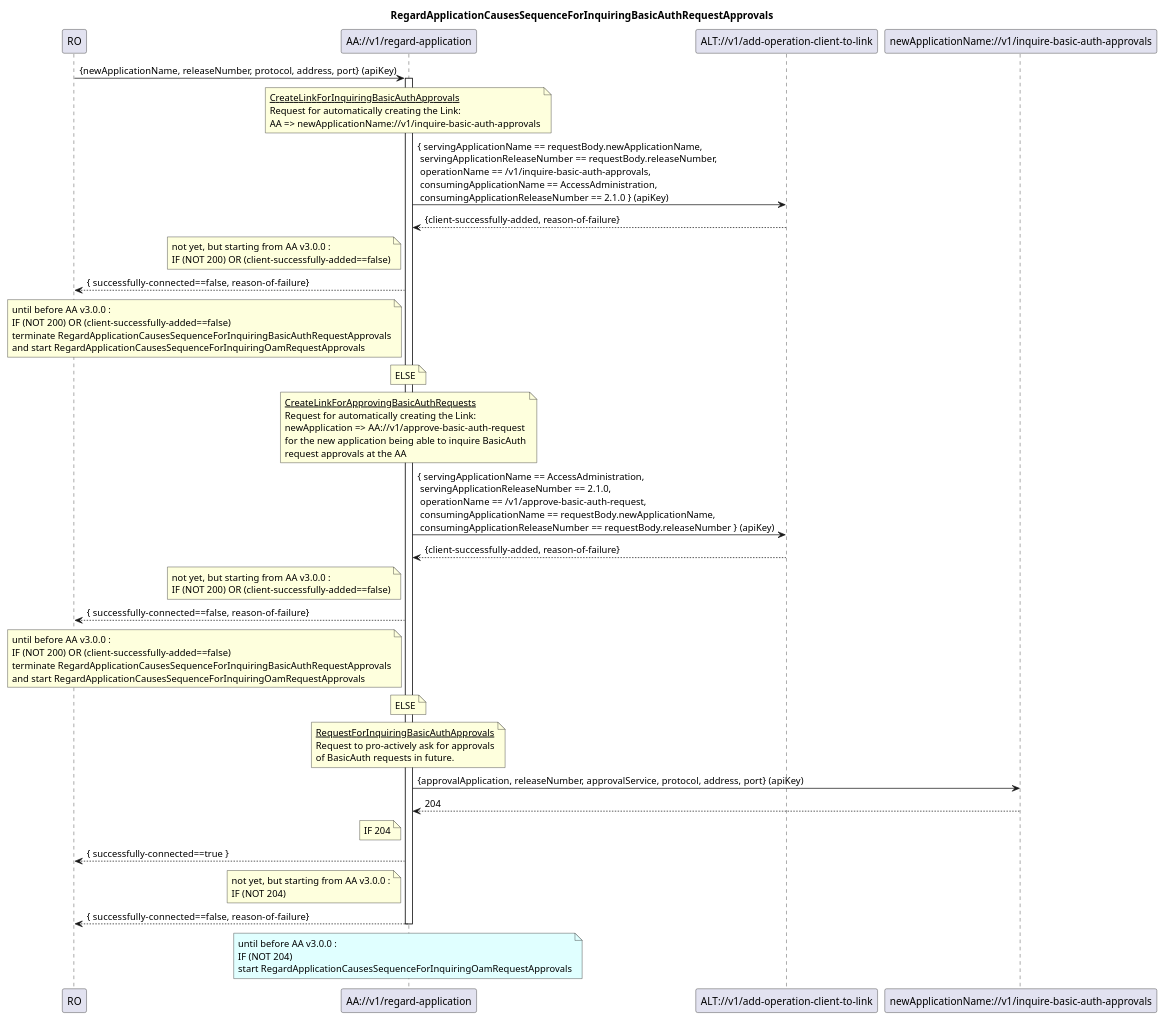
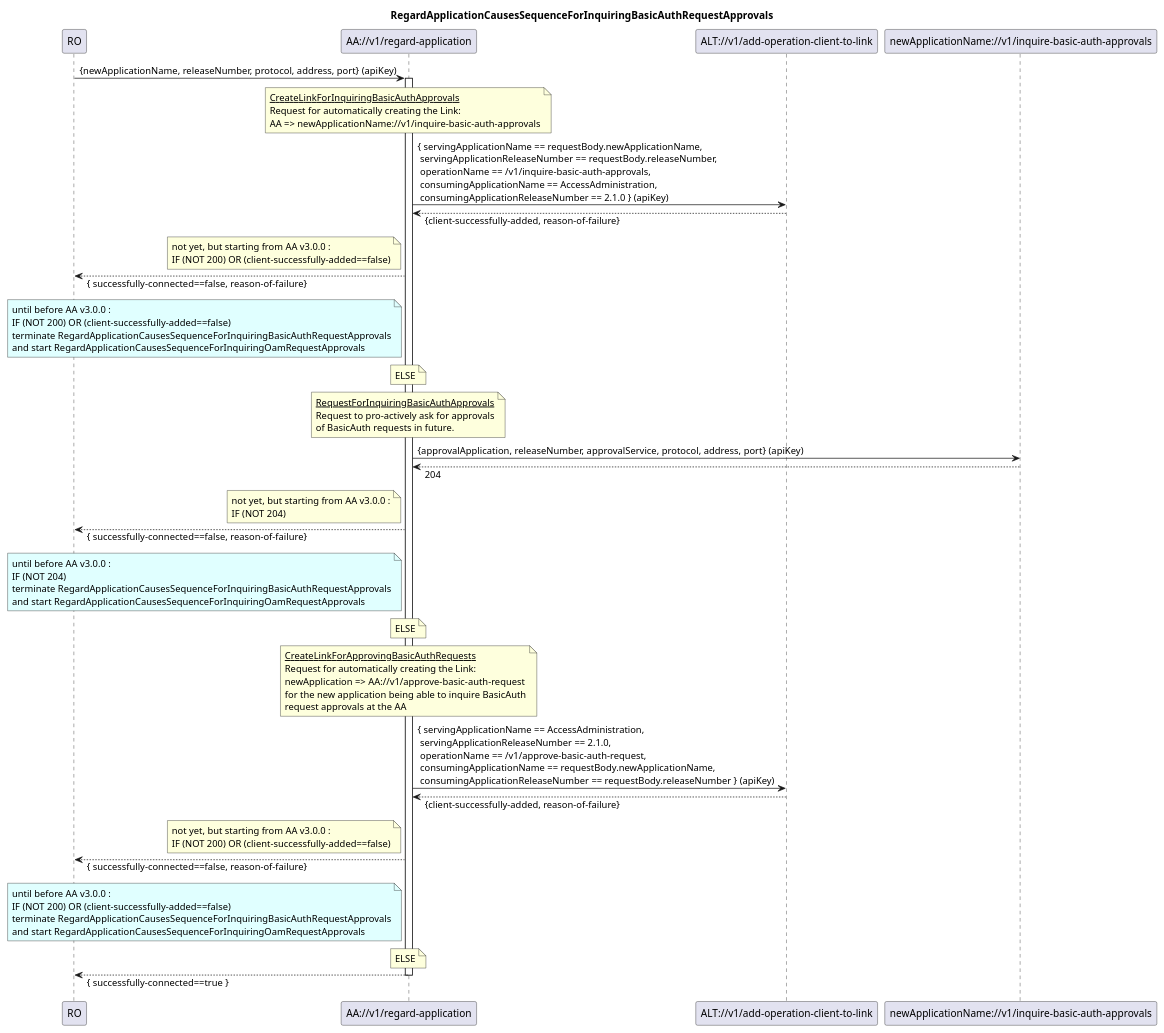
The diagram in spec/diagrams/is001_regardApplicationCausesBasicAuthSequence.plantuml (openBackhaul/AdministratorAdministration), drawn with PlantUML before and after one commit. The commit also changed 4 other files, not shown here.

```diff
--- a/spec/diagrams/is001_regardApplicationCausesBasicAuthSequence.plantuml
+++ b/spec/diagrams/is001_regardApplicationCausesBasicAuthSequence.plantuml
@@ -1,95 +1,96 @@
 @startuml is001_regardApplicationCausesBasicAuthSequence
 skinparam responseMessageBelowArrow true
 
 title
 RegardApplicationCausesSequenceForInquiringBasicAuthRequestApprovals
 end title
 
 participant "RO" as ro
 participant "AA://v1/regard-application" as aa
 participant "ALT://v1/add-operation-client-to-link" as alt
 participant "newApplicationName://v1/inquire-basic-auth-approvals" as newApplicationFuture
 
 ro -> aa : {newApplicationName, releaseNumber, protocol, address, port} (apiKey)
 activate aa
 
 note over aa
 <u>CreateLinkForInquiringBasicAuthApprovals</u>
 Request for automatically creating the Link:
 AA => newApplicationName://v1/inquire-basic-auth-approvals
 end note
 aa -> alt : { servingApplicationName == requestBody.newApplicationName,\n servingApplicationReleaseNumber == requestBody.releaseNumber,\n operationName == /v1/inquire-basic-auth-approvals,\n consumingApplicationName == AccessAdministration,\n consumingApplicationReleaseNumber == 2.1.0 } (apiKey)
-alt --> aa : {client-successfully-added, reason-of-failure}
+aa <-- alt : {client-successfully-added, reason-of-failure}
 
 note left aa
 not yet, but starting from AA v3.0.0 :
 IF (NOT 200) OR (client-successfully-added==false)
 end note
-aa --> ro : { successfully-connected==false,  reason-of-failure}
+ro <-- aa : { successfully-connected==false, reason-of-failure}
+
+note left aa #LightCyan
+until before AA v3.0.0 :
+IF (NOT 200) OR (client-successfully-added==false)
+terminate RegardApplicationCausesSequenceForInquiringBasicAuthRequestApprovals
+and start RegardApplicationCausesSequenceForInquiringOamRequestApprovals
+end note
+
+note over aa
+ELSE
+end note
+
+note over aa
+<u>RequestForInquiringBasicAuthApprovals</u>
+Request to pro-actively ask for approvals
+of BasicAuth requests in future.
+end note
+aa -> newApplicationFuture : {approvalApplication, releaseNumber, approvalService, protocol, address, port} (apiKey)
+aa <-- newApplicationFuture : 204
 
 note left aa
+not yet, but starting from AA v3.0.0 :
+IF (NOT 204)
+end note
+ro <-- aa : { successfully-connected==false, reason-of-failure}
+
+note left aa #LightCyan
 until before AA v3.0.0 :
-IF (NOT 200) OR (client-successfully-added==false)
+IF (NOT 204)
 terminate RegardApplicationCausesSequenceForInquiringBasicAuthRequestApprovals
 and start RegardApplicationCausesSequenceForInquiringOamRequestApprovals
 end note
 
 note over aa
 ELSE
 end note
 
 note over aa
 <u>CreateLinkForApprovingBasicAuthRequests</u>
 Request for automatically creating the Link:
 newApplication => AA://v1/approve-basic-auth-request
 for the new application being able to inquire BasicAuth
 request approvals at the AA
 end note
 aa -> alt : { servingApplicationName == AccessAdministration,\n servingApplicationReleaseNumber == 2.1.0,\n operationName == /v1/approve-basic-auth-request,\n consumingApplicationName == requestBody.newApplicationName,\n consumingApplicationReleaseNumber == requestBody.releaseNumber } (apiKey)
-alt --> aa : {client-successfully-added, reason-of-failure}
+aa <-- alt : {client-successfully-added, reason-of-failure}
 
 note left aa
 not yet, but starting from AA v3.0.0 :
 IF (NOT 200) OR (client-successfully-added==false)
 end note
-aa --> ro : { successfully-connected==false,  reason-of-failure}
+ro <-- aa : { successfully-connected==false, reason-of-failure}
 
-note left aa
+note left aa #LightCyan
 until before AA v3.0.0 :
 IF (NOT 200) OR (client-successfully-added==false)
 terminate RegardApplicationCausesSequenceForInquiringBasicAuthRequestApprovals
 and start RegardApplicationCausesSequenceForInquiringOamRequestApprovals
 end note
 
 note over aa
 ELSE
 end note
-
-note over aa
-<u>RequestForInquiringBasicAuthApprovals</u>
-Request to pro-actively ask for approvals
-of BasicAuth requests in future.
-end note
-aa -> newApplicationFuture : {approvalApplication, releaseNumber, approvalService, protocol, address, port} (apiKey)
-newApplicationFuture --> aa : 204
-
-note left aa
-IF 204
-end note
-aa --> ro : { successfully-connected==true }
-
-note left aa
-not yet, but starting from AA v3.0.0 :
-IF (NOT 204)
-end note
-aa --> ro : { successfully-connected==false,  reason-of-failure}
+ro <-- aa : { successfully-connected==true }
 
 deactivate aa
 
-note over aa #LightCyan
-until before AA v3.0.0 :
-IF (NOT 204)
-start RegardApplicationCausesSequenceForInquiringOamRequestApprovals
-end note
-
 @enduml
```
